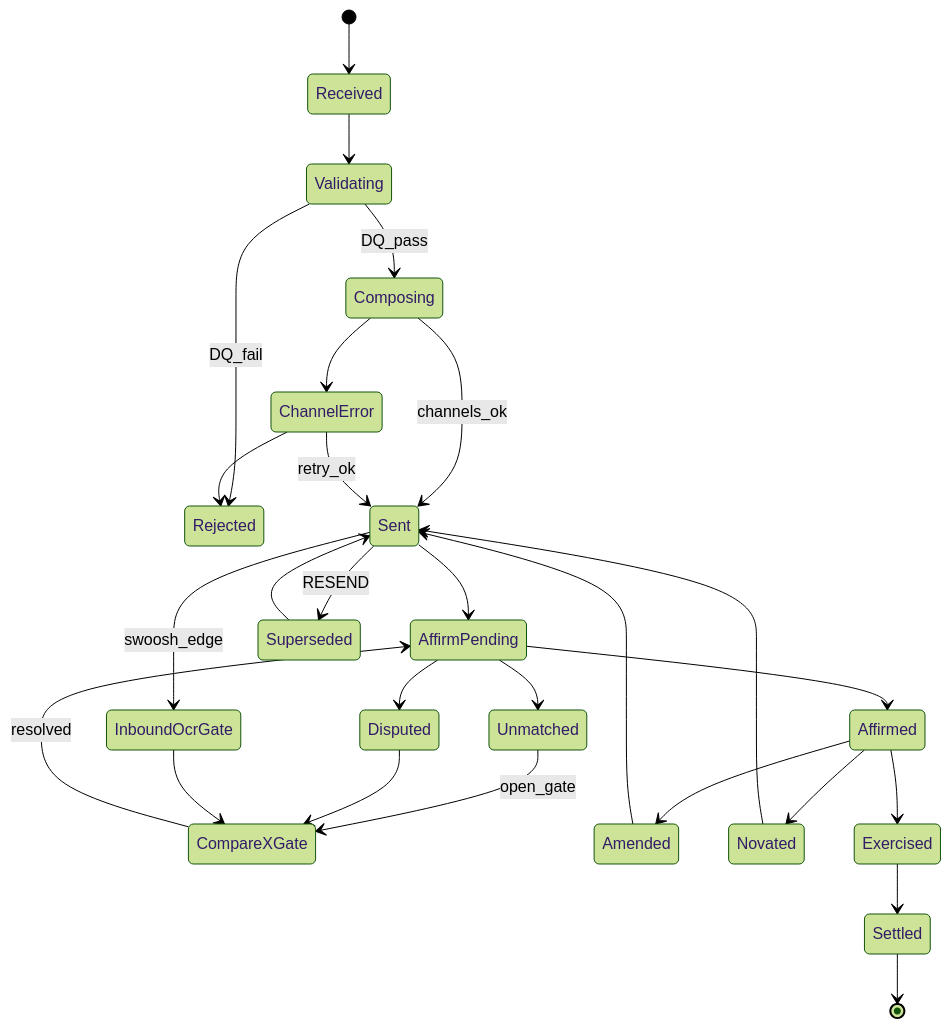
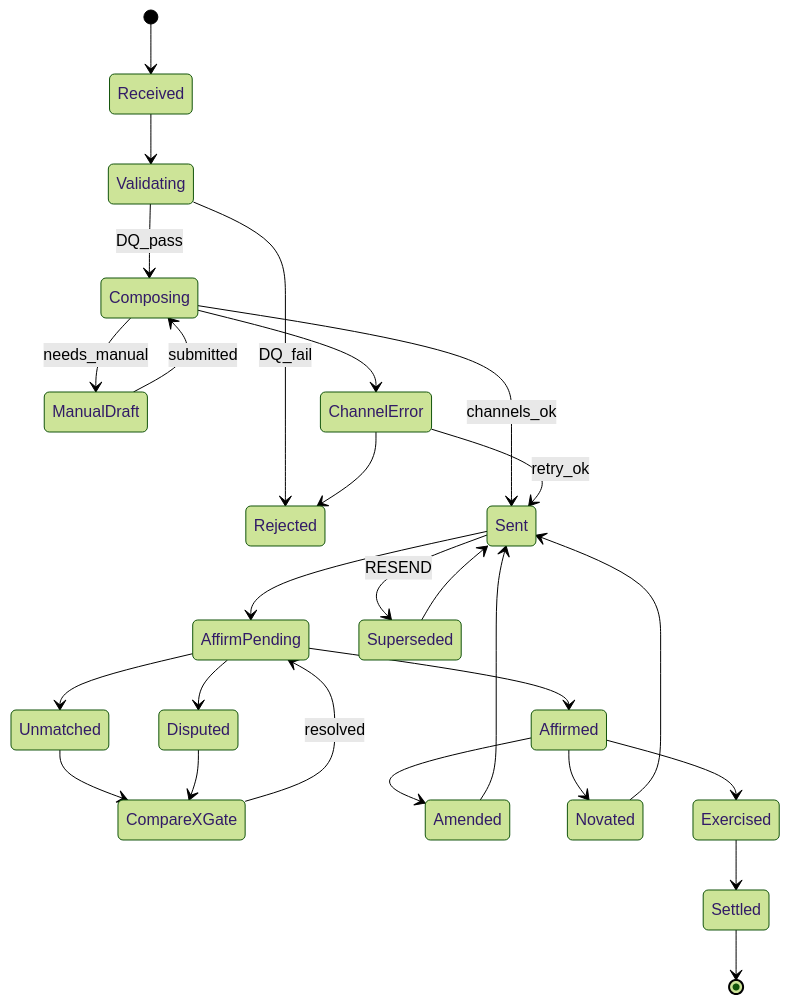
One commit to dae-nan/con4m8ions changed the tenth of 17 diagrams in docs/prd-cdu-ps-v1.md. Above: the diagram before and after it, drawn with Mermaid (forest theme). The commit also changed other lines of this file and 5 other files, not shown here.

First line of the commit message:
PRD v1.4: explainers out, story-map mermaid, manual draft, audit

````diff
--- a/docs/prd-cdu-ps-v1.md
+++ b/docs/prd-cdu-ps-v1.md
@@ -478,29 +566,29 @@
 ```mermaid
 stateDiagram-v2
   [*] --> Received
   Received --> Validating
   Validating --> Rejected: DQ_fail
   Validating --> Composing: DQ_pass
+  Composing --> ManualDraft: needs_manual
+  ManualDraft --> Composing: submitted
   Composing --> Sent: channels_ok
   Composing --> ChannelError
   ChannelError --> Sent: retry_ok
   ChannelError --> Rejected
   Sent --> AffirmPending
   AffirmPending --> Affirmed
   AffirmPending --> Unmatched
   AffirmPending --> Disputed
-  Unmatched --> CompareXGate: open_gate
+  Unmatched --> CompareXGate
   Disputed --> CompareXGate
   CompareXGate --> AffirmPending: resolved
   Affirmed --> Amended
   Amended --> Sent
   Affirmed --> Novated
   Novated --> Sent
   Affirmed --> Exercised
   Exercised --> Settled
   Settled --> [*]
   Sent --> Superseded: RESEND
   Superseded --> Sent
-  Sent --> InboundOcrGate: swoosh_edge
-  InboundOcrGate --> CompareXGate
 ```
````
